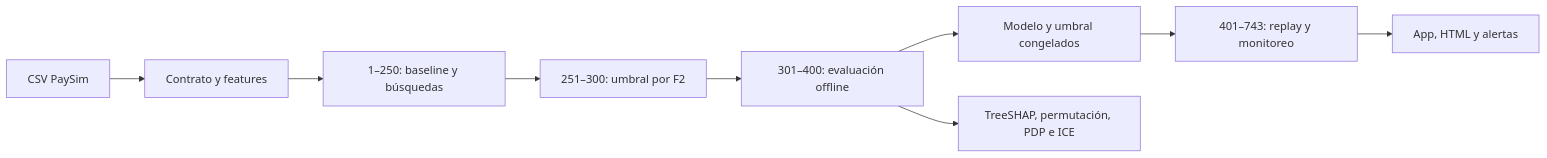
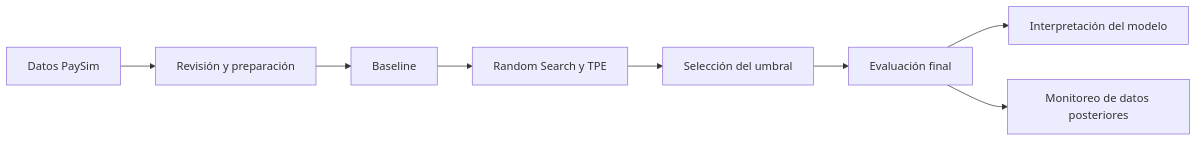
The diagram in README.md (jorgesialer/Proyecto-mle-fraude), drawn with Mermaid before and after one commit. The commit also changed other lines of this file and 95 other files, not shown here.

````diff
--- a/README.md
+++ b/README.md
@@ -9,11 +17,10 @@
 ```mermaid
 flowchart LR
- A[CSV PaySim] --> B[Contrato y features]
- B --> C[1–250: baseline y búsquedas]
- C --> D[251–300: umbral por F2]
- D --> E[301–400: evaluación offline]
- E --> F[Modelo y umbral congelados]
- F --> G[401–743: replay y monitoreo]
- E --> H[TreeSHAP, permutación, PDP e ICE]
- G --> I[App, HTML y alertas]
+ A[Datos PaySim] --> B[Revisión y preparación]
+ B --> C[Baseline]
+ C --> D[Random Search y TPE]
+ D --> E[Selección del umbral]
+ E --> F[Evaluación final]
+ F --> G[Interpretación del modelo]
+ F --> H[Monitoreo de datos posteriores]
 ```
````
